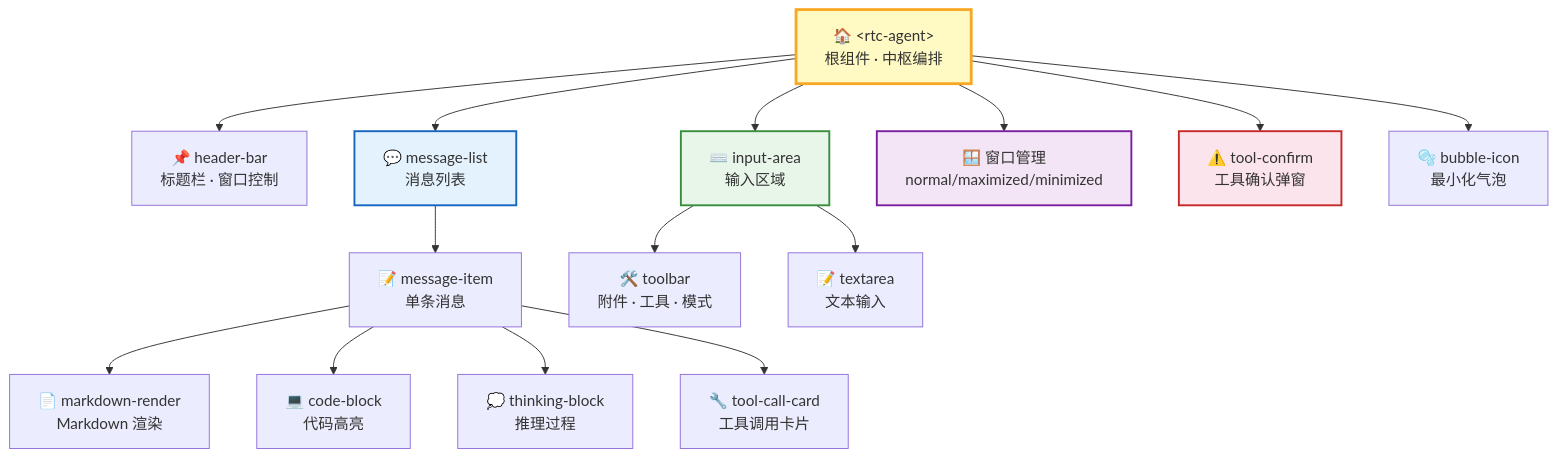
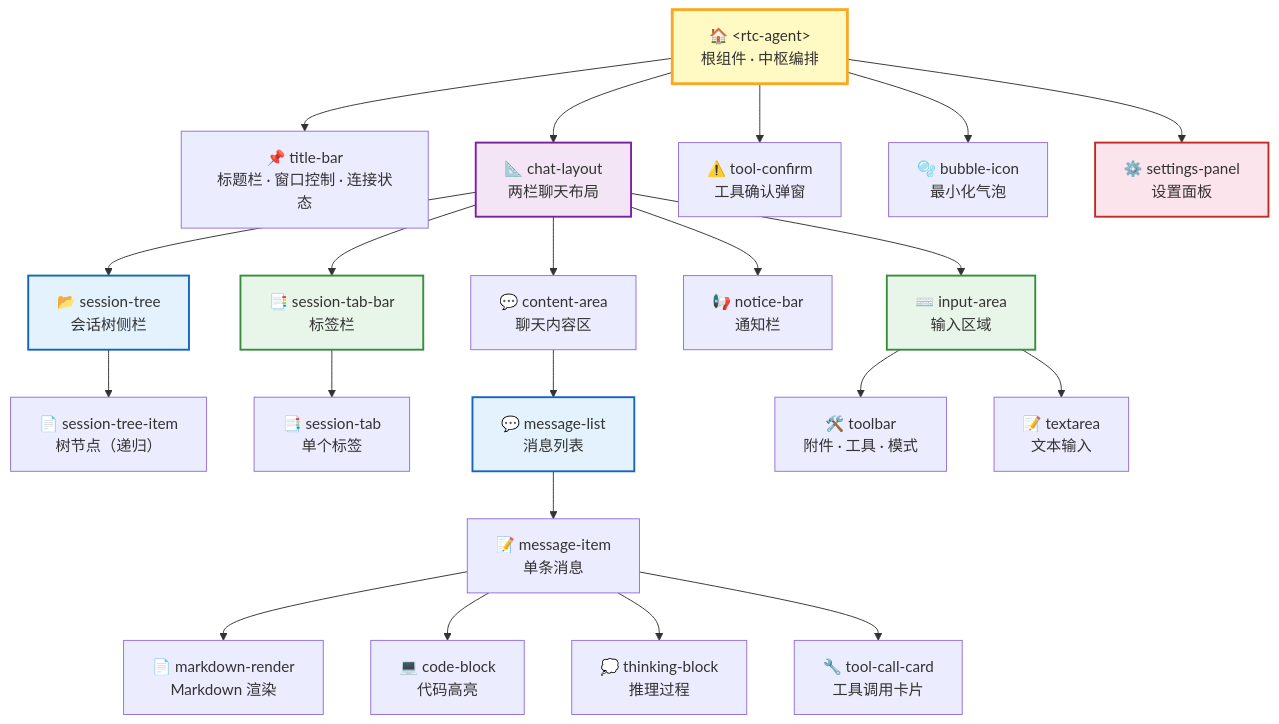
One commit to rtc-agent/docs changed the first of 9 diagrams in src/content/docs/architecture/frontend.md. Above: the diagram before and after it, drawn with Mermaid. The commit also changed other lines of this file and 35 other files, not shown here.

````diff
--- a/src/content/docs/architecture/frontend.md
+++ b/src/content/docs/architecture/frontend.md
@@ -10,27 +10,39 @@
 ```mermaid
 flowchart TD
     ROOT["🏠 &lt;rtc-agent&gt;<br/>根组件 · 中枢编排"]
 
-    ROOT --> HEADER["📌 header-bar<br/>标题栏 · 窗口控制"]
-    ROOT --> MSG["💬 message-list<br/>消息列表"]
-    ROOT --> INPUT["⌨️ input-area<br/>输入区域"]
-    ROOT --> WIN["🪟 窗口管理<br/>normal/maximized/minimized"]
+    ROOT --> HEADER["📌 title-bar<br/>标题栏 · 窗口控制 · 连接状态"]
+    ROOT --> LAYOUT["📐 chat-layout<br/>两栏聊天布局"]
 
+    LAYOUT --> TREE["📂 session-tree<br/>会话树侧栏"]
+    TREE --> TREEITEM["📄 session-tree-item<br/>树节点（递归）"]
+
+    LAYOUT --> TABBAR["📑 session-tab-bar<br/>标签栏"]
+    TABBAR --> TAB["📑 session-tab<br/>单个标签"]
+
+    LAYOUT --> CONTENT["💬 content-area<br/>聊天内容区"]
+    LAYOUT --> NOTICE["📢 notice-bar<br/>通知栏"]
+    LAYOUT --> INPUT["⌨️ input-area<br/>输入区域"]
+
+    CONTENT --> MSG["💬 message-list<br/>消息列表"]
     MSG --> MSGITEM["📝 message-item<br/>单条消息"]
     MSGITEM --> MD["📄 markdown-render<br/>Markdown 渲染"]
     MSGITEM --> CODE["💻 code-block<br/>代码高亮"]
     MSGITEM --> THINK["💭 thinking-block<br/>推理过程"]
     MSGITEM --> TOOL["🔧 tool-call-card<br/>工具调用卡片"]
 
     INPUT --> TOOLBAR["🛠️ toolbar<br/>附件 · 工具 · 模式"]
     INPUT --> TA["📝 textarea<br/>文本输入"]
 
     ROOT --> CONFIRM["⚠️ tool-confirm<br/>工具确认弹窗"]
     ROOT --> BUBBLE["🫧 bubble-icon<br/>最小化气泡"]
+    ROOT --> SETTINGS_PANEL["⚙️ settings-panel<br/>设置面板"]
 
     style ROOT fill:#fff9c4,stroke:#f9a825,stroke-width:3px
+    style LAYOUT fill:#f3e5f5,stroke:#7b1fa2,stroke-width:2px
+    style TREE fill:#e3f2fd,stroke:#1565c0,stroke-width:2px
+    style TABBAR fill:#e8f5e9,stroke:#388e3c,stroke-width:2px
     style MSG fill:#e3f2fd,stroke:#1565c0,stroke-width:2px
     style INPUT fill:#e8f5e9,stroke:#388e3c,stroke-width:2px
-    style WIN fill:#f3e5f5,stroke:#7b1fa2,stroke-width:2px
-    style CONFIRM fill:#fce4ec,stroke:#c62828,stroke-width:2px
+    style SETTINGS_PANEL fill:#fce4ec,stroke:#c62828,stroke-width:2px
 ```
````
